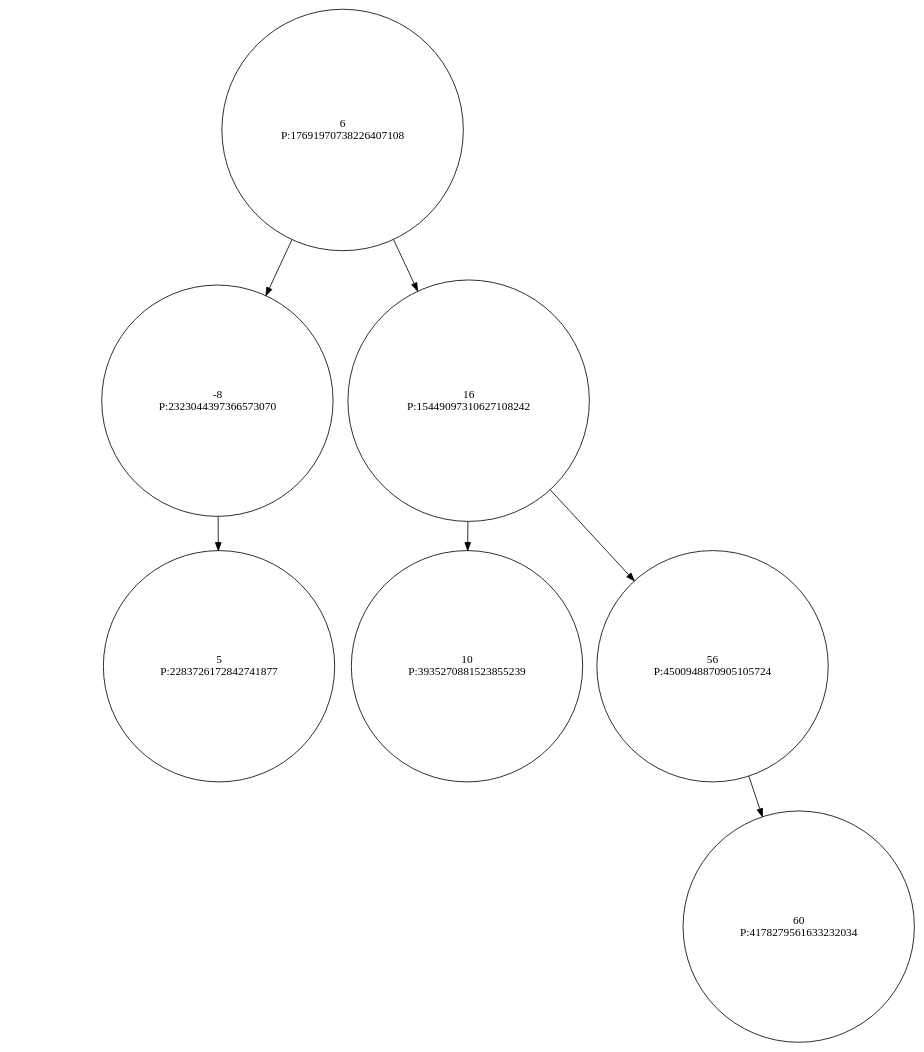
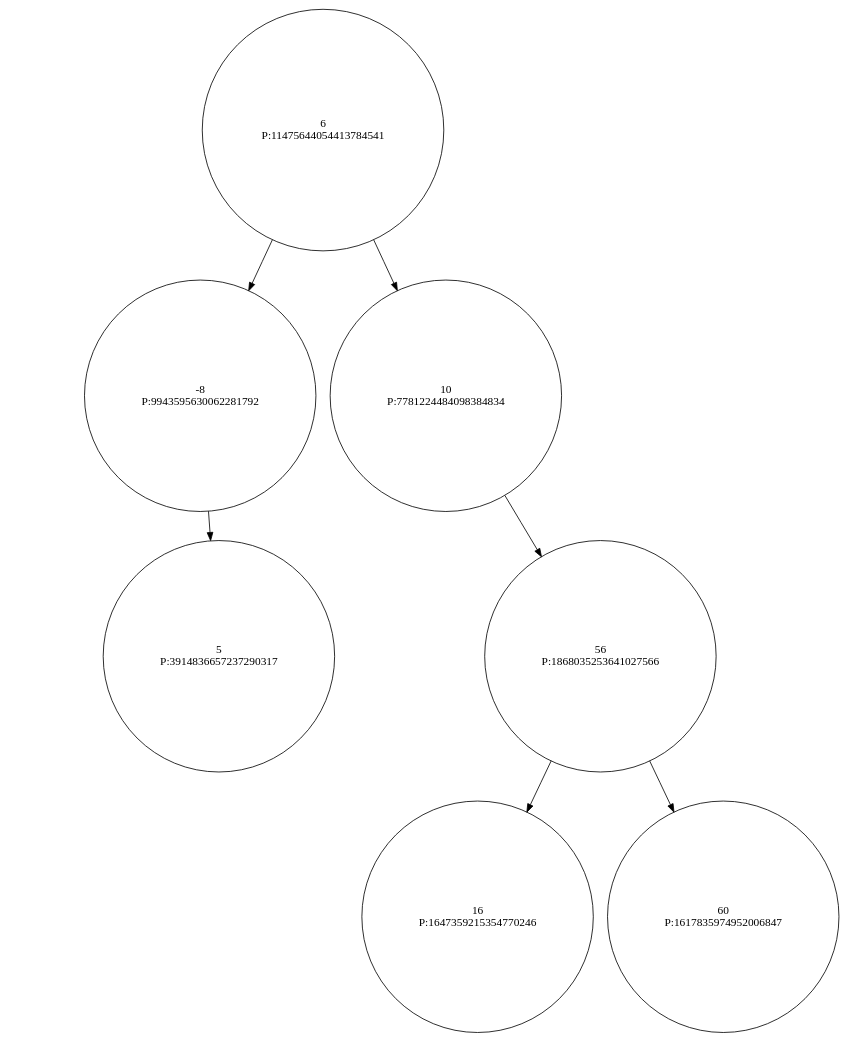
One commit to Ritaa-Marie/Trabalho-Arvores-AEDES2 changed the diagram in data/output/dot/treap3.dot. Above: the diagram before and after it, drawn with Graphviz. The commit also changed 31 other files, not shown here.

```diff
--- a/data/output/dot/treap3.dot
+++ b/data/output/dot/treap3.dot
@@ -1,20 +1,20 @@
 digraph Treap {
    node [shape=circle];
-  6 [label="6\nP:17691970738226407108"];
+  6 [label="6\nP:11475644054413784541"];
   "6" -> "-8";
-  -8 [label="-8\nP:2323044397366573070"];
+  -8 [label="-8\nP:9943595630062281792"];
   "null_l_-8" [style=invis];
   "-8" -> "null_l_-8" [style=invis];
   "-8" -> "5";
-  5 [label="5\nP:2283726172842741877"];
-  "6" -> "16";
-  16 [label="16\nP:15449097310627108242"];
-  "16" -> "10";
-  10 [label="10\nP:3935270881523855239"];
-  "16" -> "56";
-  56 [label="56\nP:4500948870905105724"];
-  "null_l_56" [style=invis];
-  "56" -> "null_l_56" [style=invis];
+  5 [label="5\nP:3914836657237290317"];
+  "6" -> "10";
+  10 [label="10\nP:7781224484098384834"];
+  "null_l_10" [style=invis];
+  "10" -> "null_l_10" [style=invis];
+  "10" -> "56";
+  56 [label="56\nP:1868035253641027566"];
+  "56" -> "16";
+  16 [label="16\nP:1647359215354770246"];
   "56" -> "60";
-  60 [label="60\nP:4178279561633232034"];
+  60 [label="60\nP:1617835974952006847"];
 }
```
